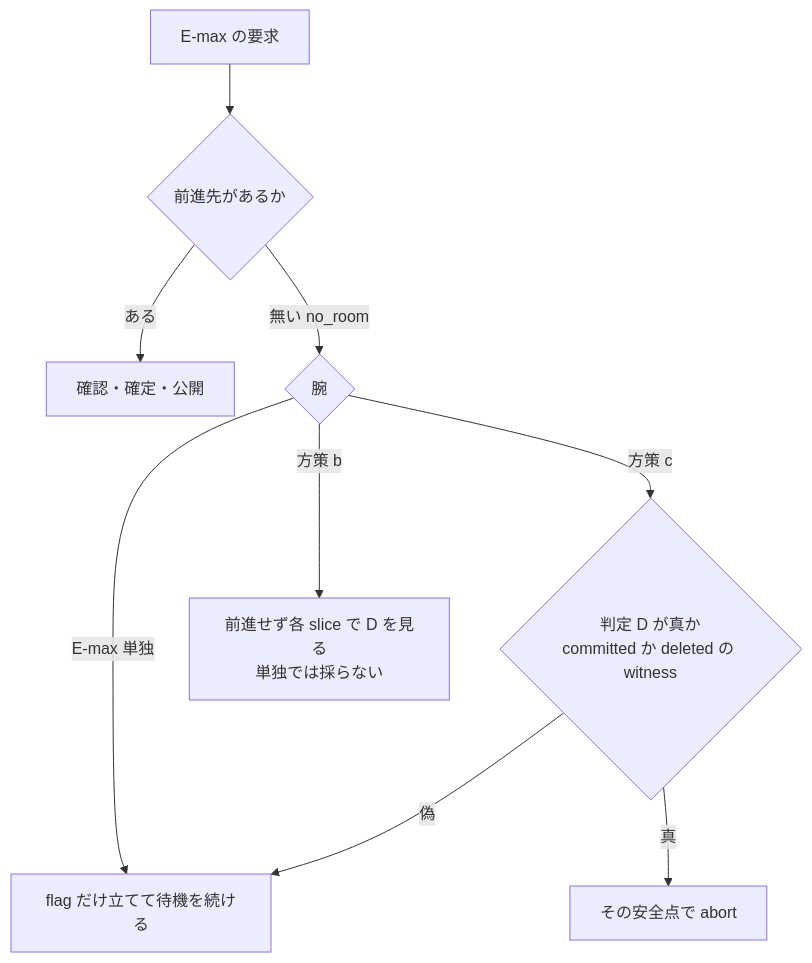
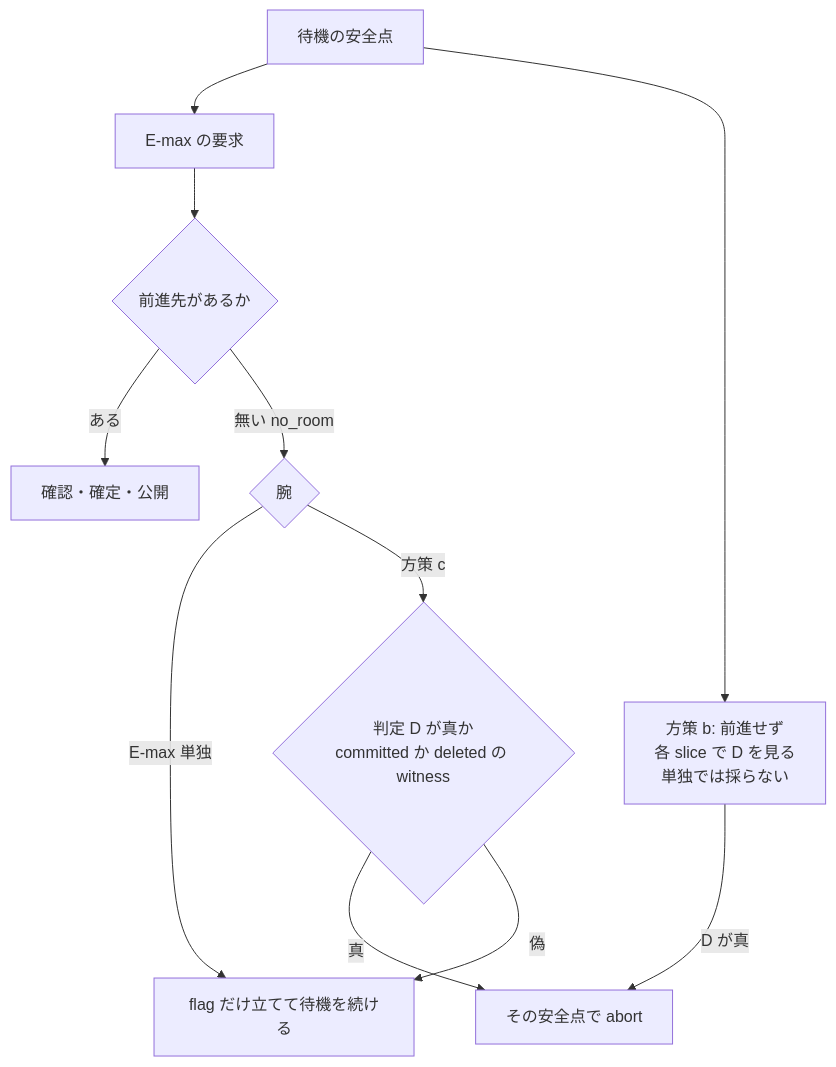
One commit to thawk105/izanagi changed the ninth of 41 diagrams in docs/paper-story-vhash/2026-10-01.md. Above: the diagram before and after it, drawn with Mermaid. The commit also changed other lines of this file and 4 other files, not shown here.

First line of the commit message:
docs(vhash): [T-2938]・[T-2958] 段 6 レビュー所見の直し (H1 の主指標、待ちの下限、S1 と S2 の比較相手、方策 b の分岐、3 版目の誤記 1 件、Mermaid の判定語)

````diff
--- a/docs/paper-story-vhash/2026-10-01.md
+++ b/docs/paper-story-vhash/2026-10-01.md
@@ -360,11 +360,13 @@
 ```mermaid
 flowchart TB
-  req["E-max の要求"] --> nr{"前進先があるか"}
+  sp["待機の安全点"] --> req["E-max の要求"]
+  sp --> bb["方策 b: 前進せず<br/>各 slice で D を見る<br/>単独では採らない"]
+  bb -->|D が真| ab
+  req --> nr{"前進先があるか"}
   nr -->|ある| ok["確認・確定・公開"]
   nr -->|無い no_room| arm{"腕"}
   arm -->|E-max 単独| keep["flag だけ立てて待機を続ける"]
   arm -->|方策 c| d{"判定 D が真か<br/>committed か deleted の witness"}
   d -->|真| ab["その安全点で abort"]
   d -->|偽| keep
-  arm -->|方策 b| bb["前進せず各 slice で D を見る<br/>単独では採らない"]
 ```
````
